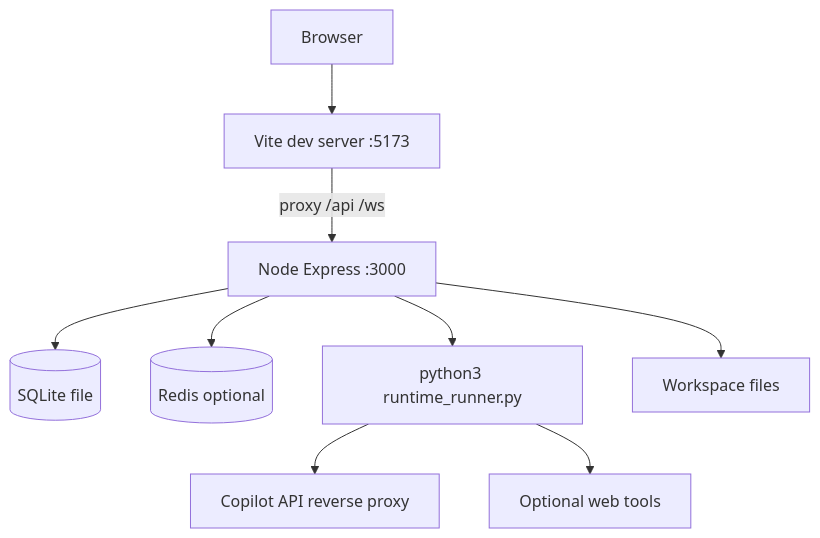
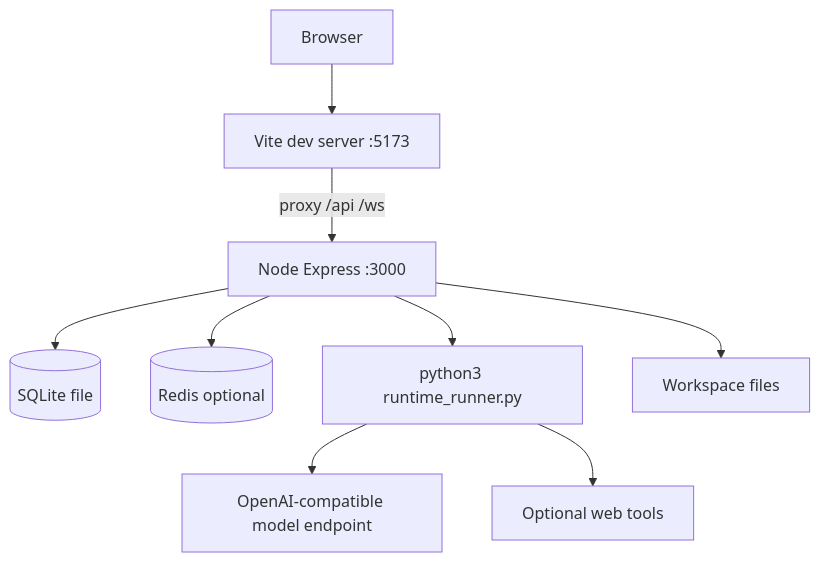
One commit to Zchary1106/Myrmecia changed diagram 14 of 14 in docs/ARCHITECTURE.md. Above: the diagram before and after it, drawn with Mermaid. The commit also changed other lines of this file and 8 other files, not shown here.

````diff
--- a/docs/ARCHITECTURE.md
+++ b/docs/ARCHITECTURE.md
@@ -632,11 +700,11 @@
 ```mermaid
 flowchart TB
   Browser[Browser] --> Vite[Vite dev server :5173]
   Vite -->|proxy /api /ws| Node[Node Express :3000]
   Node --> SQLite[(SQLite file)]
   Node --> Redis[(Redis optional)]
   Node --> Python[python3 runtime_runner.py]
-  Python --> Copilot[Copilot API reverse proxy]
+  Python --> ModelEndpoint[OpenAI-compatible model endpoint]
   Python --> Internet[Optional web tools]
   Node --> Workspace[Workspace files]
 ```
````
